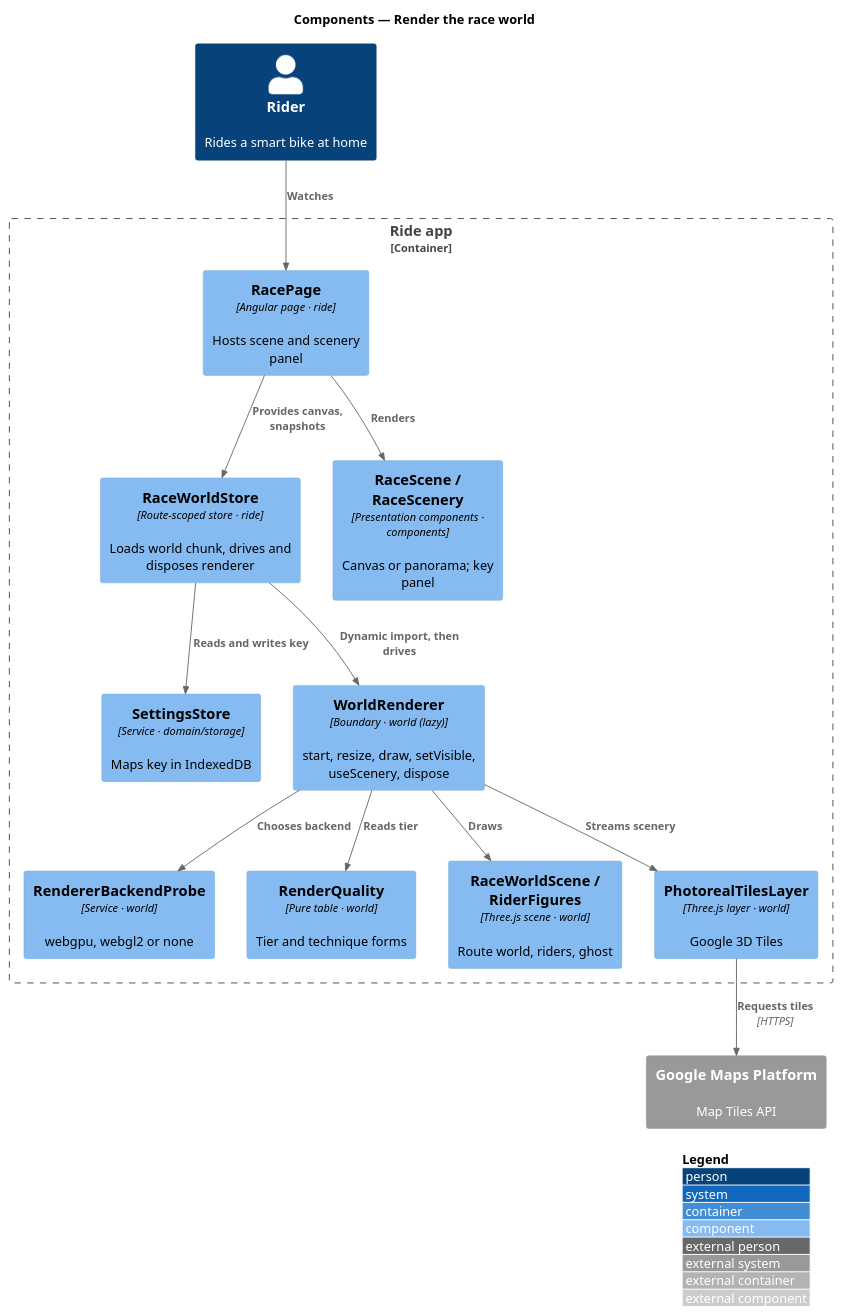
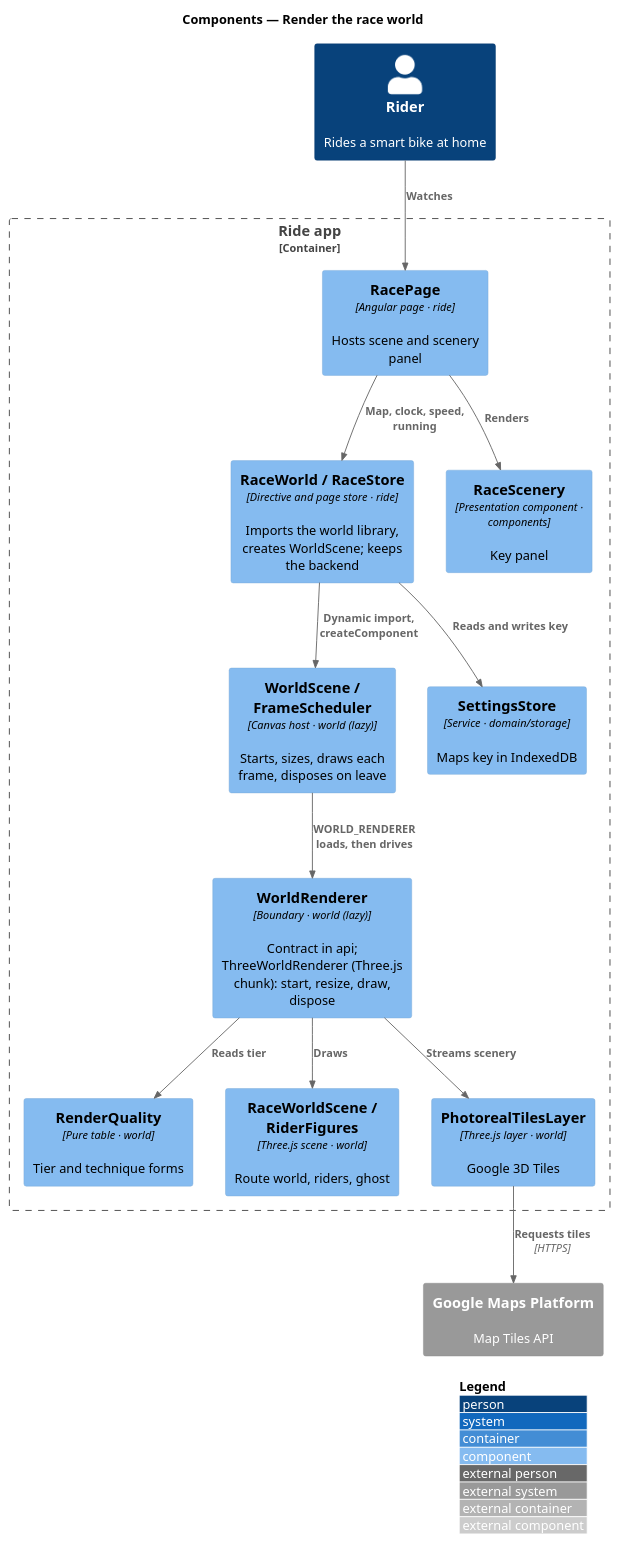
Before and after one commit to QuinntyneBrown/ride-one: the diagram in docs/detailed-designs/race/render-the-race-world/diagrams/c4-component.puml, drawn with PlantUML. The commit also changed 13 other files, not shown here.

First line of the commit message:
Carry World Ride's rendering from main: ADR 0030, the world library and the design

```diff
--- a/docs/detailed-designs/race/render-the-race-world/diagrams/c4-component.puml
+++ b/docs/detailed-designs/race/render-the-race-world/diagrams/c4-component.puml
@@ -1,28 +1,28 @@
 @startuml
 !include <C4/C4_Component>
 LAYOUT_WITH_LEGEND()
 title Components — Render the race world
 Person(rider, "Rider", "Rides a smart bike at home")
 System_Ext(gmaps, "Google Maps Platform", "Map Tiles API")
 Container_Boundary(app, "Ride app") {
   Component(page, "RacePage", "Angular page · ride", "Hosts scene and scenery panel")
-  Component(wstore, "RaceWorldStore", "Route-scoped store · ride", "Loads world chunk, drives and disposes renderer")
-  Component(scene, "RaceScene / RaceScenery", "Presentation components · components", "Canvas or panorama; key panel")
+  Component(wstore, "RaceWorld / RaceStore", "Directive and page store · ride", "Imports the world library, creates WorldScene; keeps the backend")
+  Component(scene, "RaceScenery", "Presentation component · components", "Key panel")
+  Component(host, "WorldScene / FrameScheduler", "Canvas host · world (lazy)", "Starts, sizes, draws each frame, disposes on leave")
   Component(settings, "SettingsStore", "Service · domain/storage", "Maps key in IndexedDB")
-  Component(renderer, "WorldRenderer", "Boundary · world (lazy)", "start, resize, draw, setVisible, useScenery, dispose")
-  Component(probe, "RendererBackendProbe", "Service · world", "webgpu, webgl2 or none")
+  Component(renderer, "WorldRenderer", "Boundary · world (lazy)", "Contract in api; ThreeWorldRenderer (Three.js chunk): start, resize, draw, dispose")
   Component(quality, "RenderQuality", "Pure table · world", "Tier and technique forms")
   Component(rscene, "RaceWorldScene / RiderFigures", "Three.js scene · world", "Route world, riders, ghost")
   Component(tiles, "PhotorealTilesLayer", "Three.js layer · world", "Google 3D Tiles")
 }
 Rel(rider, page, "Watches")
-Rel(page, wstore, "Provides canvas, snapshots")
+Rel(page, wstore, "Map, clock, speed, running")
 Rel(page, scene, "Renders")
-Rel(wstore, renderer, "Dynamic import, then drives")
+Rel(wstore, host, "Dynamic import, createComponent")
+Rel(host, renderer, "WORLD_RENDERER loads, then drives")
 Rel(wstore, settings, "Reads and writes key")
-Rel(renderer, probe, "Chooses backend")
 Rel(renderer, quality, "Reads tier")
 Rel(renderer, rscene, "Draws")
 Rel(renderer, tiles, "Streams scenery")
 Rel(tiles, gmaps, "Requests tiles", "HTTPS")
 @enduml
```
